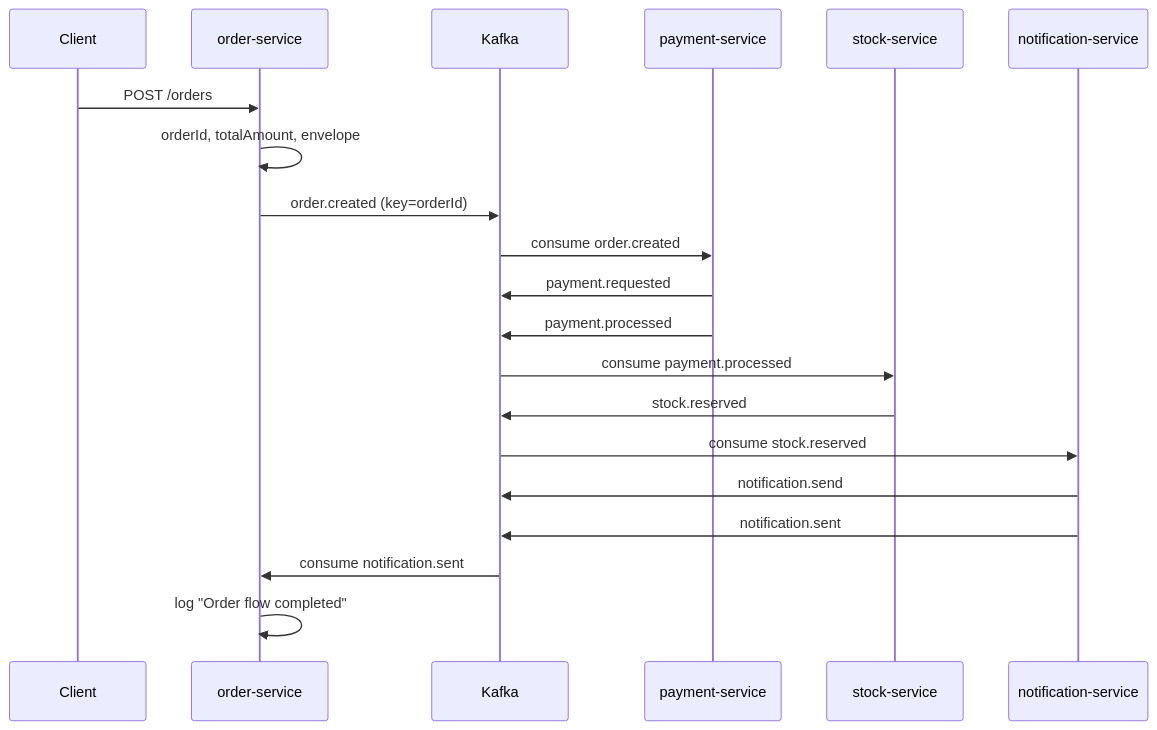
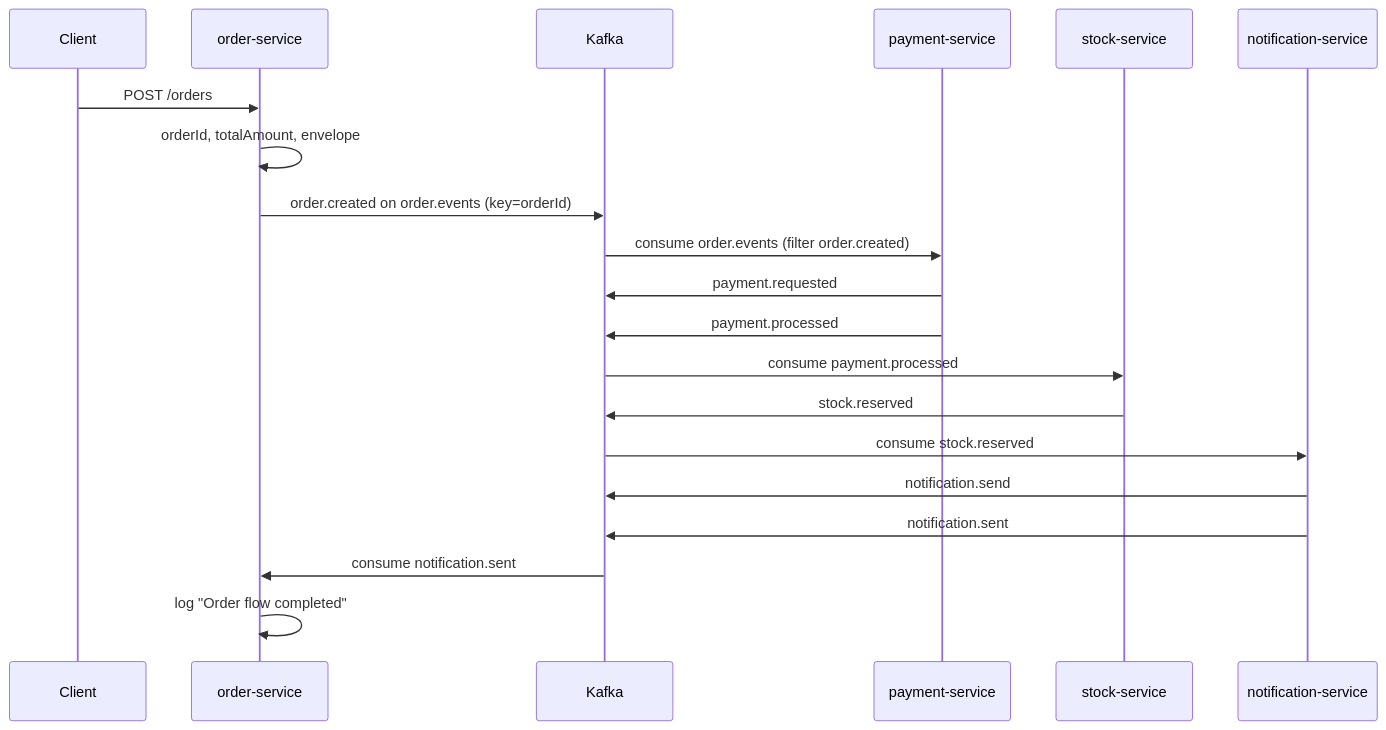
Before and after one commit to braulioti/eventflow-kafka-microservices: the second of 2 diagrams in docs/PROJECT_DETAILS.md, drawn with Mermaid. The commit also changed other lines of this file and 26 other files, not shown here.

````diff
--- a/docs/PROJECT_DETAILS.md
+++ b/docs/PROJECT_DETAILS.md
@@ -396,23 +399,23 @@
 ```mermaid
 sequenceDiagram
   participant C as Client
   participant O as order-service
   participant K as Kafka
   participant P as payment-service
   participant S as stock-service
   participant N as notification-service
 
   C->>O: POST /orders
   O->>O: orderId, totalAmount, envelope
-  O->>K: order.created (key=orderId)
-  K->>P: consume order.created
+  O->>K: order.created on order.events (key=orderId)
+  K->>P: consume order.events (filter order.created)
   P->>K: payment.requested
   P->>K: payment.processed
   K->>S: consume payment.processed
   S->>K: stock.reserved
   K->>N: consume stock.reserved
   N->>K: notification.send
   N->>K: notification.sent
   K->>O: consume notification.sent
   O->>O: log "Order flow completed"
 ```
````
